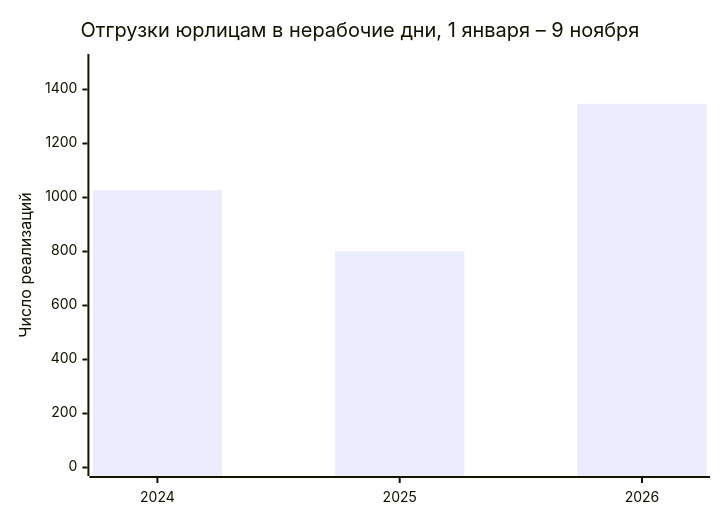
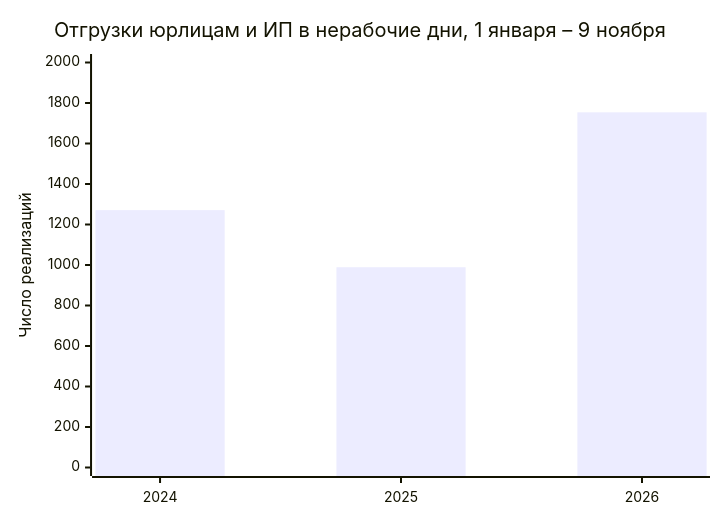
Before and after one commit to arimberg-svg/otgruzki-yurikam: the diagram in README.md, drawn with Mermaid. The commit also changed other lines of this file and 1 other file, not shown here.

````diff
--- a/README.md
+++ b/README.md
@@ -7,7 +7,7 @@
 ```mermaid
 xychart-beta
-    title "Отгрузки юрлицам в нерабочие дни, 1 января – 9 ноября"
+    title "Отгрузки юрлицам и ИП в нерабочие дни, 1 января – 9 ноября"
     x-axis [2024, 2025, 2026]
-    y-axis "Число реализаций" 0 --> 1500
-    bar [1027, 800, 1347]
+    y-axis "Число реализаций" 0 --> 2000
+    bar [1271, 989, 1754]
 ```
````
